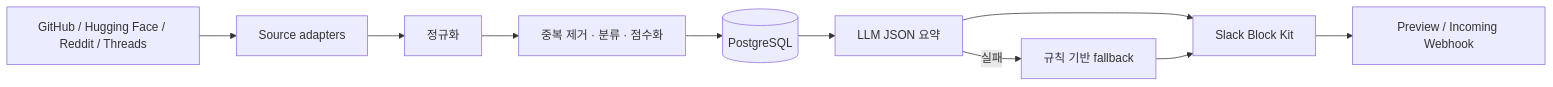
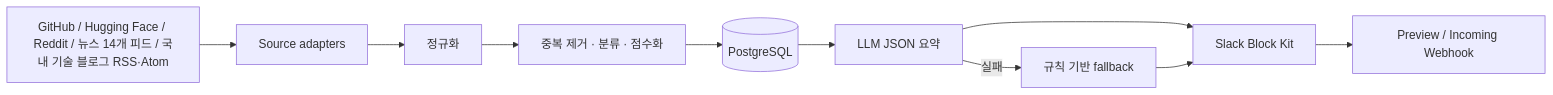
The diagram in README.md (yunhozz/glean-ai), drawn with Mermaid before and after one commit. The commit also changed other lines of this file and 16 other files, not shown here.

Commit message:
feat(collectors): RSS·Atom 피드 수집과 미리보기 실행을 추가한다

````diff
--- a/README.md
+++ b/README.md
@@ -17,12 +17,12 @@
 ```mermaid
 flowchart LR
-  A[GitHub / Hugging Face / Reddit / Threads] --> B[Source adapters]
+  A[GitHub / Hugging Face / Reddit / 뉴스 14개 피드 / 국내 기술 블로그 RSS·Atom] --> B[Source adapters]
   B --> C[정규화]
   C --> D[중복 제거 · 분류 · 점수화]
   D --> E[(PostgreSQL)]
   E --> F[LLM JSON 요약]
   F -->|실패| G[규칙 기반 fallback]
   F --> H[Slack Block Kit]
   G --> H
   H --> I[Preview / Incoming Webhook]
 ```
````
